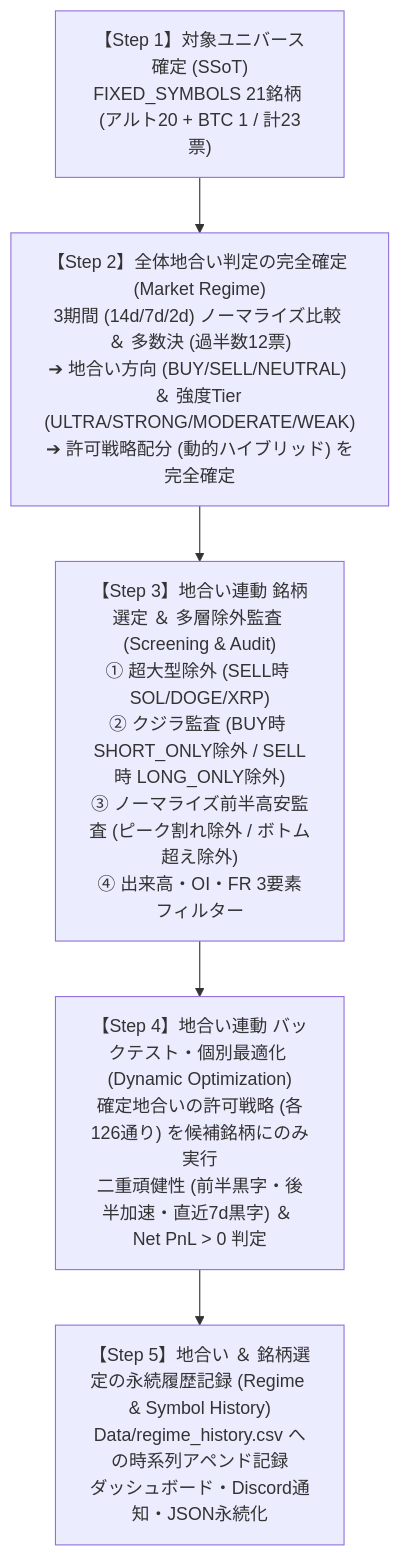
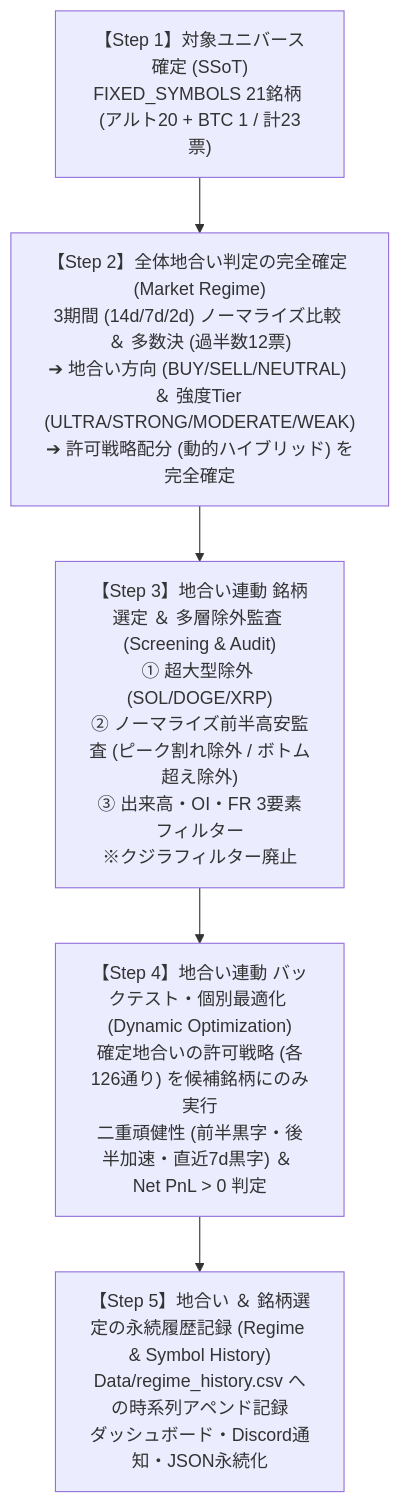
Before and after one commit to motioFX/bingx5_46: the second of 2 diagrams in PROJECT_RULES.md, drawn with Mermaid. The commit also changed other lines of this file and 7 other files, not shown here.

````diff
--- a/PROJECT_RULES.md
+++ b/PROJECT_RULES.md
@@ -171,8 +170,8 @@
 ```mermaid
 flowchart TD
     Step1["【Step 1】対象ユニバース確定 (SSoT)<br>FIXED_SYMBOLS 21銘柄 (アルト20 + BTC 1 / 計23票)"] --> Step2
     Step2["【Step 2】全体地合い判定の完全確定 (Market Regime)<br>3期間 (14d/7d/2d) ノーマライズ比較 ＆ 多数決 (過半数12票)<br>➔ 地合い方向 (BUY/SELL/NEUTRAL) ＆ 強度Tier (ULTRA/STRONG/MODERATE/WEAK)<br>➔ 許可戦略配分 (動的ハイブリッド) を完全確定"] --> Step3
-    Step3["【Step 3】地合い連動 銘柄選定 ＆ 多層除外監査 (Screening & Audit)<br>① 超大型除外 (SELL時 SOL/DOGE/XRP)<br>② クジラ監査 (BUY時 SHORT_ONLY除外 / SELL時 LONG_ONLY除外)<br>③ ノーマライズ前半高安監査 (ピーク割れ除外 / ボトム超え除外)<br>④ 出来高・OI・FR 3要素フィルター"] --> Step4
+    Step3["【Step 3】地合い連動 銘柄選定 ＆ 多層除外監査 (Screening & Audit)<br>① 超大型除外 (SOL/DOGE/XRP)<br>② ノーマライズ前半高安監査 (ピーク割れ除外 / ボトム超え除外)<br>③ 出来高・OI・FR 3要素フィルター<br>※クジラフィルター廃止"] --> Step4
     Step4["【Step 4】地合い連動 バックテスト・個別最適化 (Dynamic Optimization)<br>確定地合いの許可戦略 (各126通り) を候補銘柄にのみ実行<br>二重頑健性 (前半黒字・後半加速・直近7d黒字) ＆ Net PnL > 0 判定"] --> Step5
     Step5["【Step 5】地合い ＆ 銘柄選定の永続履歴記録 (Regime & Symbol History)<br>Data/regime_history.csv への時系列アペンド記録<br>ダッシュボード・Discord通知・JSON永続化"]
 ```
````
